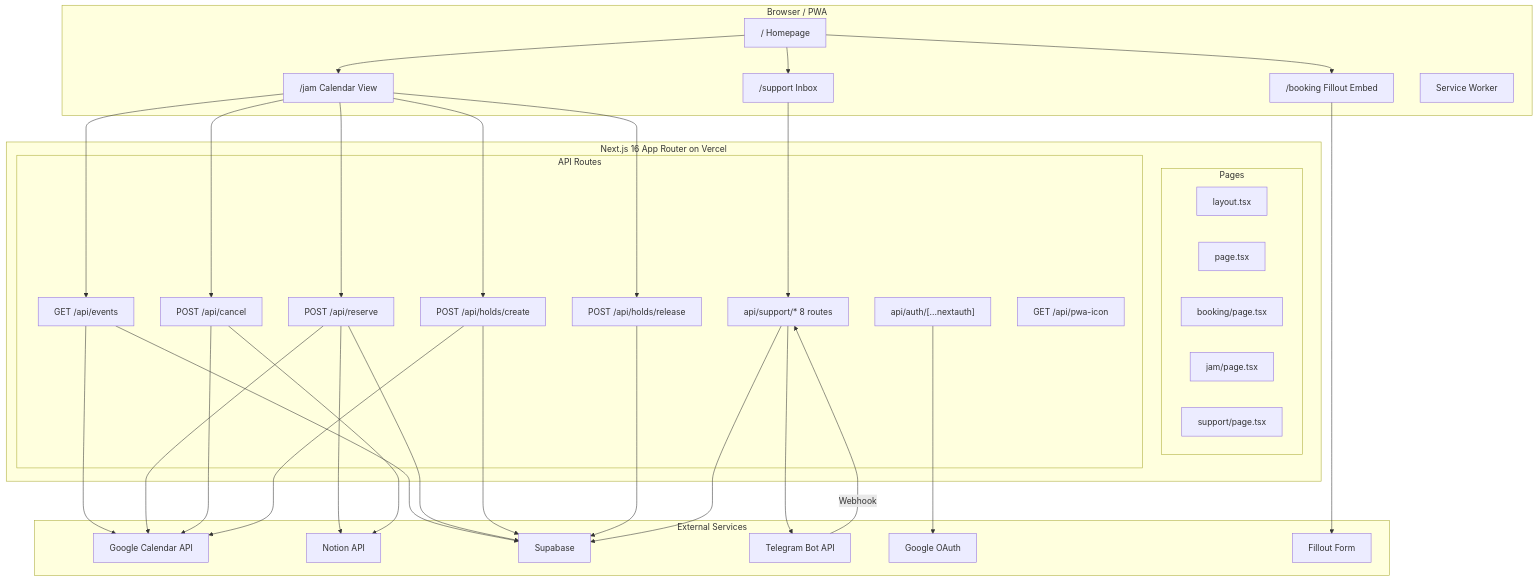
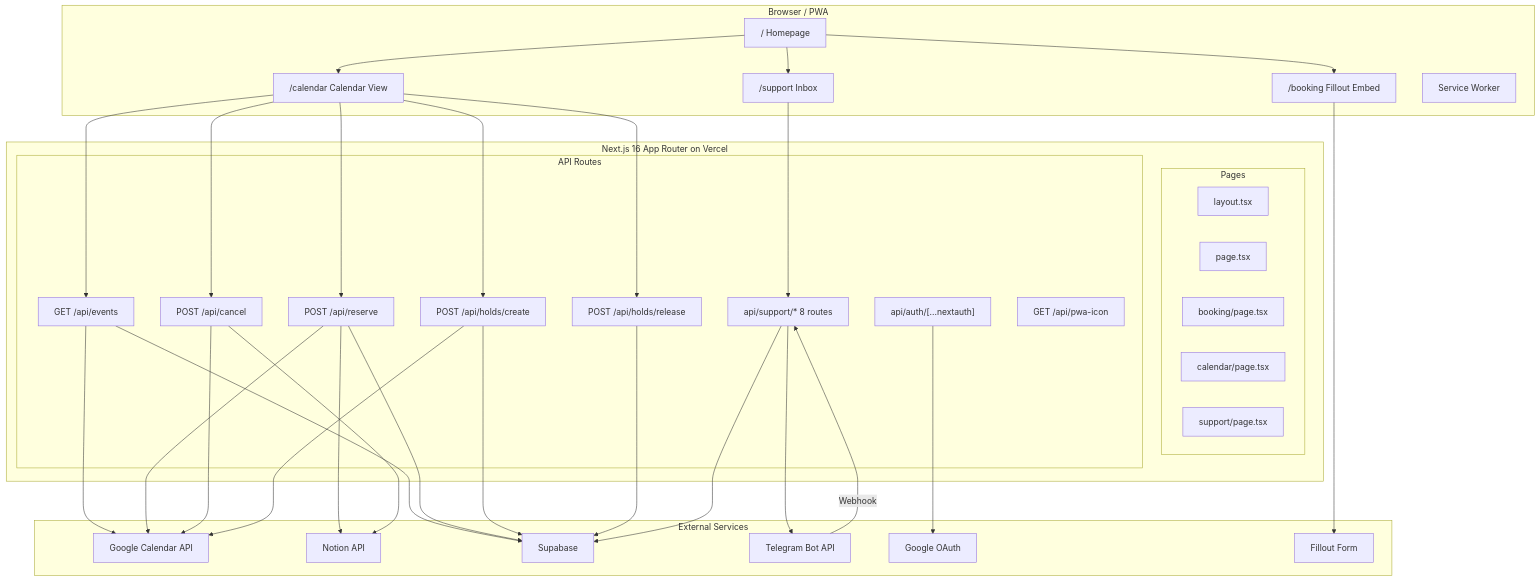
One commit to gomezsj12/cs-practice-room-app changed the first of 4 diagrams in docs/ARCHITECTURE.md. Above: the diagram before and after it, drawn with Mermaid. The commit also changed other lines of this file and 12 other files, not shown here.

First line of the commit message:
Rename calendar route from /jam to /calendar

````diff
--- a/docs/ARCHITECTURE.md
+++ b/docs/ARCHITECTURE.md
@@ -33,70 +33,70 @@
 ```mermaid
 flowchart TD
     subgraph browser [Browser / PWA]
         HomePage["/ Homepage"]
         BookingPage["/booking Fillout Embed"]
-        JamPage["/jam Calendar View"]
+        CalendarPage["/calendar Calendar View"]
         SupportPage["/support Inbox"]
         SW["Service Worker"]
     end
 
     subgraph nextjs [Next.js 16 App Router on Vercel]
         subgraph pages [Pages]
             LayoutTsx["layout.tsx"]
             PageTsx["page.tsx"]
             BookingTsx["booking/page.tsx"]
-            JamTsx["jam/page.tsx"]
+            CalendarTsx["calendar/page.tsx"]
             SupportTsx["support/page.tsx"]
         end
 
         subgraph apiRoutes [API Routes]
             EventsAPI["GET /api/events"]
             ReserveAPI["POST /api/reserve"]
             CancelAPI["POST /api/cancel"]
             HoldsCreateAPI["POST /api/holds/create"]
             HoldsReleaseAPI["POST /api/holds/release"]
             SupportAPIs["api/support/* 8 routes"]
             AuthAPI["api/auth/[...nextauth]"]
             PwaIconAPI["GET /api/pwa-icon"]
         end
     end
 
     subgraph external [External Services]
         GoogleCal["Google Calendar API"]
         Notion["Notion API"]
         Supabase["Supabase"]
         Telegram["Telegram Bot API"]
         GoogleOAuth["Google OAuth"]
         Fillout["Fillout Form"]
     end
 
     HomePage --> BookingPage
-    HomePage --> JamPage
+    HomePage --> CalendarPage
     HomePage --> SupportPage
 
-    JamPage --> EventsAPI
-    JamPage --> ReserveAPI
-    JamPage --> CancelAPI
-    JamPage --> HoldsCreateAPI
-    JamPage --> HoldsReleaseAPI
+    CalendarPage --> EventsAPI
+    CalendarPage --> ReserveAPI
+    CalendarPage --> CancelAPI
+    CalendarPage --> HoldsCreateAPI
+    CalendarPage --> HoldsReleaseAPI
 
     SupportPage --> SupportAPIs
     BookingPage --> Fillout
 
     EventsAPI --> GoogleCal
     EventsAPI --> Supabase
     ReserveAPI --> GoogleCal
     ReserveAPI --> Notion
     ReserveAPI --> Supabase
     CancelAPI --> GoogleCal
     CancelAPI --> Notion
     HoldsCreateAPI --> GoogleCal
     HoldsCreateAPI --> Supabase
     HoldsReleaseAPI --> Supabase
 
     SupportAPIs --> Supabase
     SupportAPIs --> Telegram
     Telegram -->|Webhook| SupportAPIs
 
     AuthAPI --> GoogleOAuth
 ```
````
